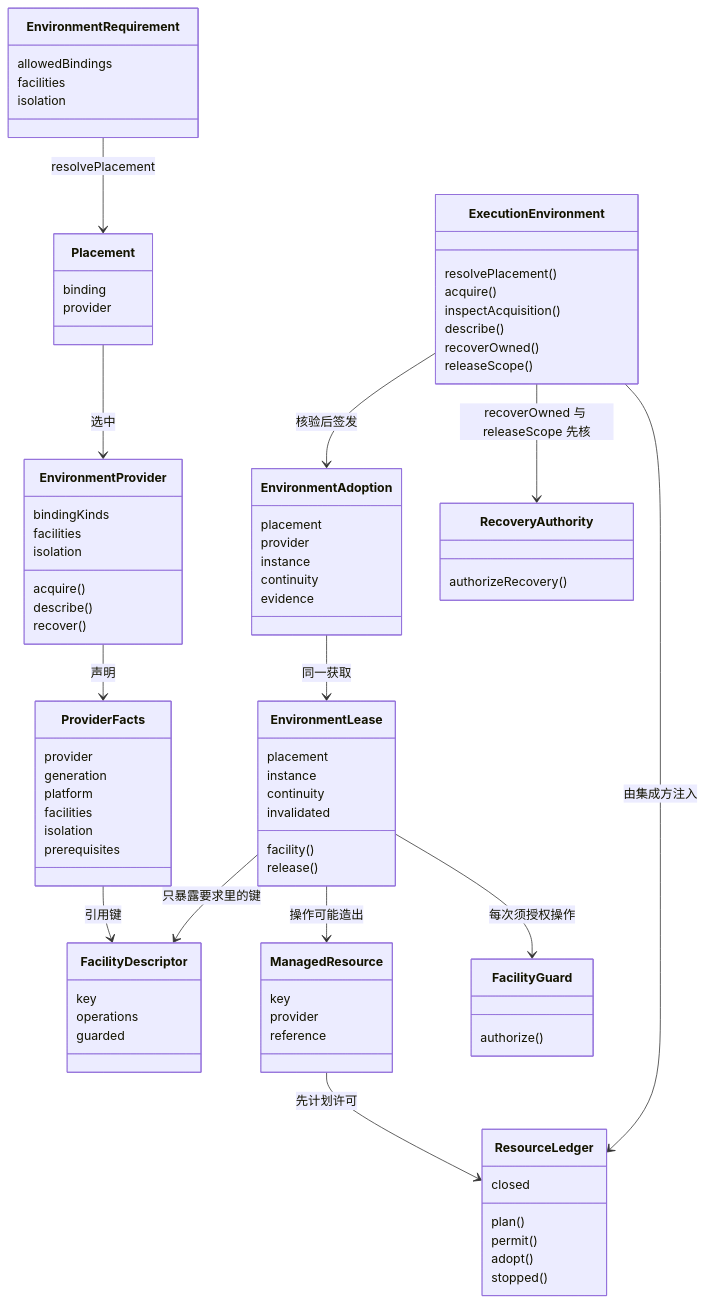
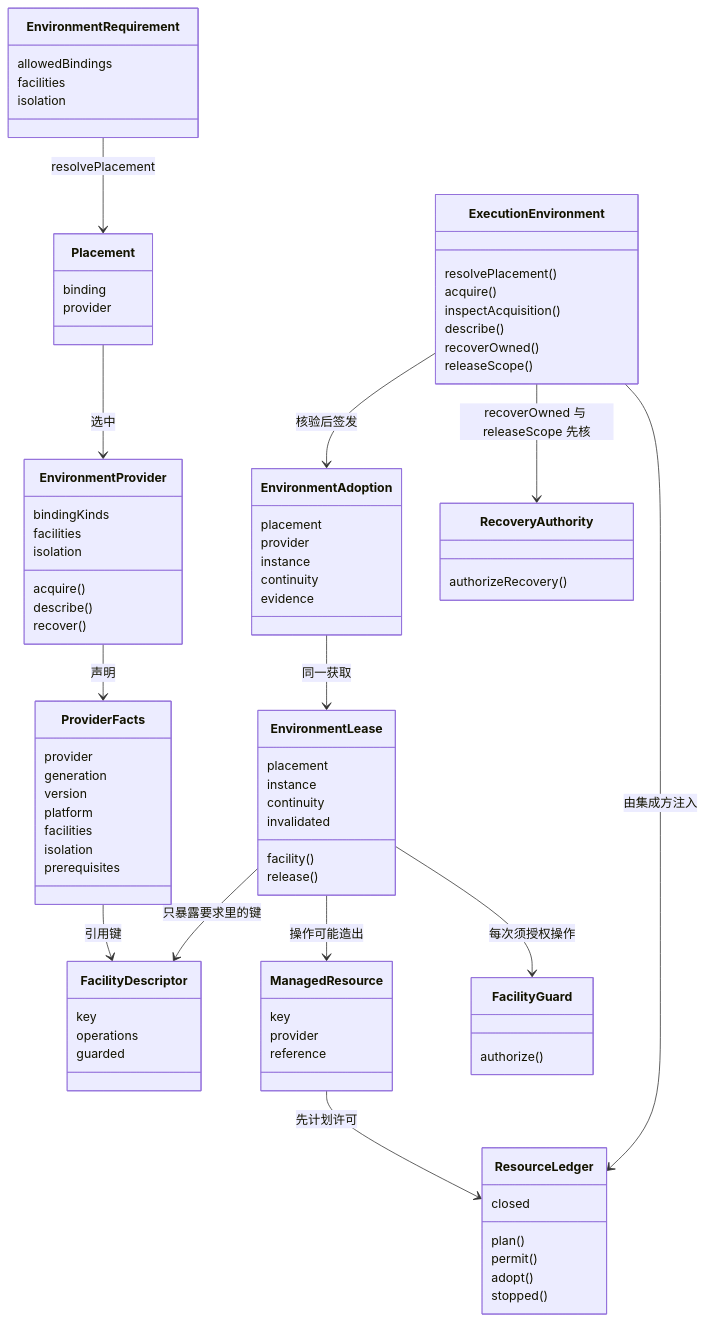
One commit to nemori-ai/omne-harness-lite changed the first of 4 diagrams in packages/execution/execution-environment-contract/docs/object-model.md. Above: the diagram before and after it, drawn with Mermaid. The commit also changed other lines of this file and 50 other files, not shown here.

```diff
--- a/packages/execution/execution-environment-contract/docs/object-model.md
+++ b/packages/execution/execution-environment-contract/docs/object-model.md
@@ -58,6 +58,7 @@
   class ProviderFacts {
     provider
     generation
+    version
     platform
     facilities
     isolation
```
